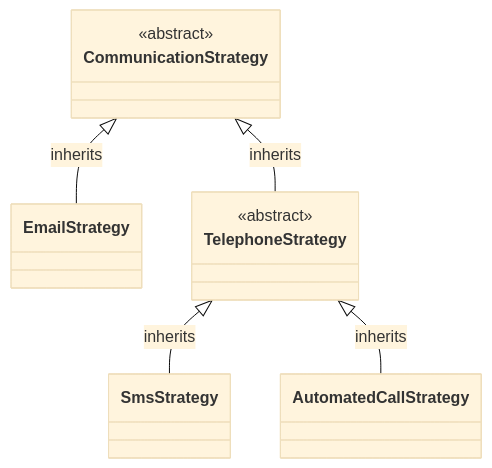
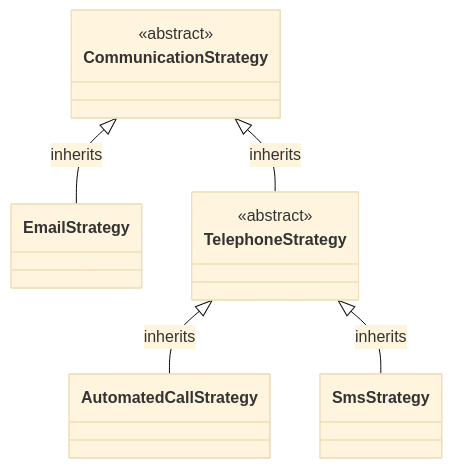
One commit to mrpmorris/Roslynject changed the first of 4 diagrams in Docs/Filters/RegisterClassesDescendedFrom.md. Above: the diagram before and after it, drawn with Mermaid (base theme). The commit also changed other lines of this file and 1 other file, not shown here.

````diff
--- a/Docs/Filters/RegisterClassesDescendedFrom.md
+++ b/Docs/Filters/RegisterClassesDescendedFrom.md
@@ -30,14 +30,14 @@
 ```mermaid
 classDiagram
     CommunicationStrategy <|-- EmailStrategy : inherits
     CommunicationStrategy <|-- TelephoneStrategy : inherits
+    TelephoneStrategy <|-- AutomatedCallStrategy : inherits
     TelephoneStrategy <|-- SmsStrategy : inherits
-    TelephoneStrategy <|-- AutomatedCallStrategy : inherits
 
 class CommunicationStrategy {
    <<abstract>>
 }
 class TelephoneStrategy {
    <<abstract>>
 }
 ```
````
